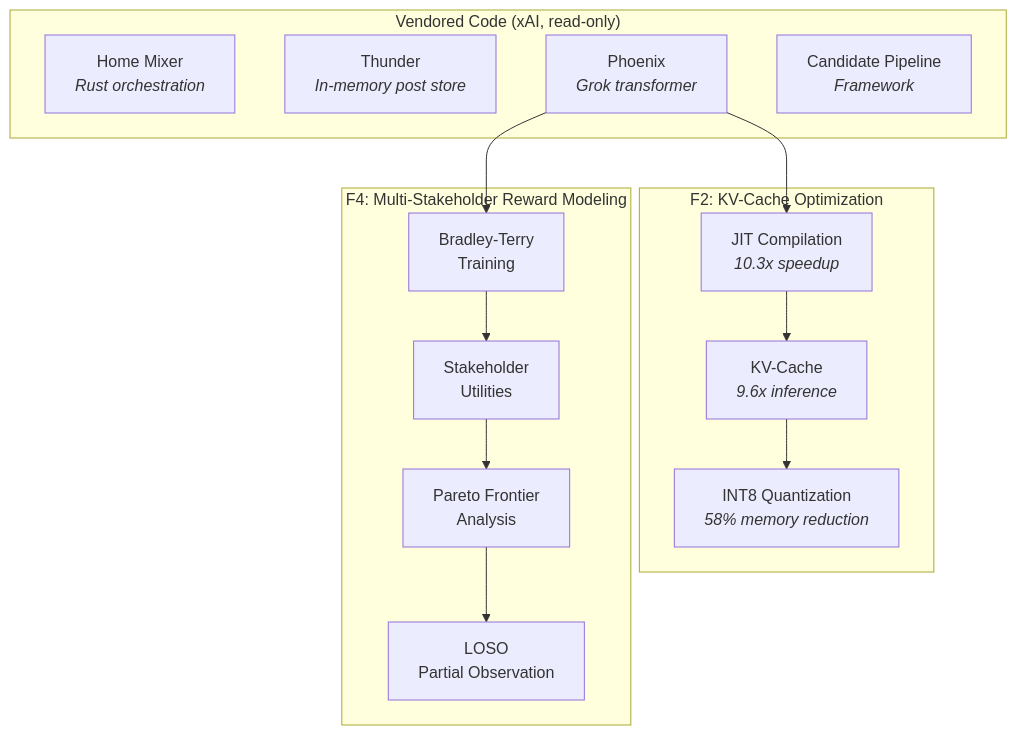
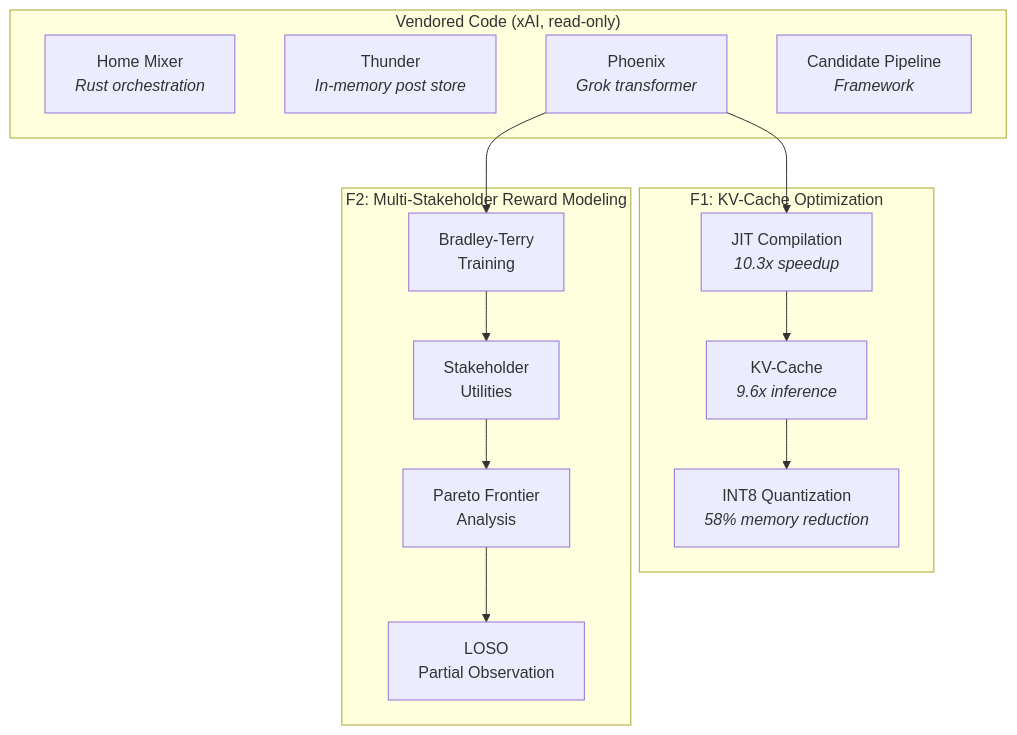
Before and after one commit to kar-ganap/x-algorithm-enhancements: the first of 5 diagrams in docs/architecture.md, drawn with Mermaid. The commit also changed other lines of this file and 43 other files, not shown here.

First line of the commit message:
refactor: rename F2→F1 (optimization) and F4→F2 (reward modeling)

````diff
--- a/docs/architecture.md
+++ b/docs/architecture.md
@@ -7,26 +7,26 @@
 ```mermaid
 graph TB
     subgraph vendored ["Vendored Code (xAI, read-only)"]
         HM["Home Mixer<br/><i>Rust orchestration</i>"]
         T["Thunder<br/><i>In-memory post store</i>"]
         P["Phoenix<br/><i>Grok transformer</i>"]
         CP["Candidate Pipeline<br/><i>Framework</i>"]
     end
 
-    subgraph f2 ["F2: KV-Cache Optimization"]
+    subgraph f2 ["F1: KV-Cache Optimization"]
         JIT["JIT Compilation<br/><i>10.3x speedup</i>"]
         KV["KV-Cache<br/><i>9.6x inference</i>"]
         Q["INT8 Quantization<br/><i>58% memory reduction</i>"]
     end
 
-    subgraph f4 ["F4: Multi-Stakeholder Reward Modeling"]
+    subgraph f4 ["F2: Multi-Stakeholder Reward Modeling"]
         BT["Bradley-Terry<br/>Training"]
         SU["Stakeholder<br/>Utilities"]
         PF["Pareto Frontier<br/>Analysis"]
         LOSO["LOSO<br/>Partial Observation"]
     end
 
     P --> JIT --> KV --> Q
     P --> BT --> SU --> PF
     PF --> LOSO
 ```
````
